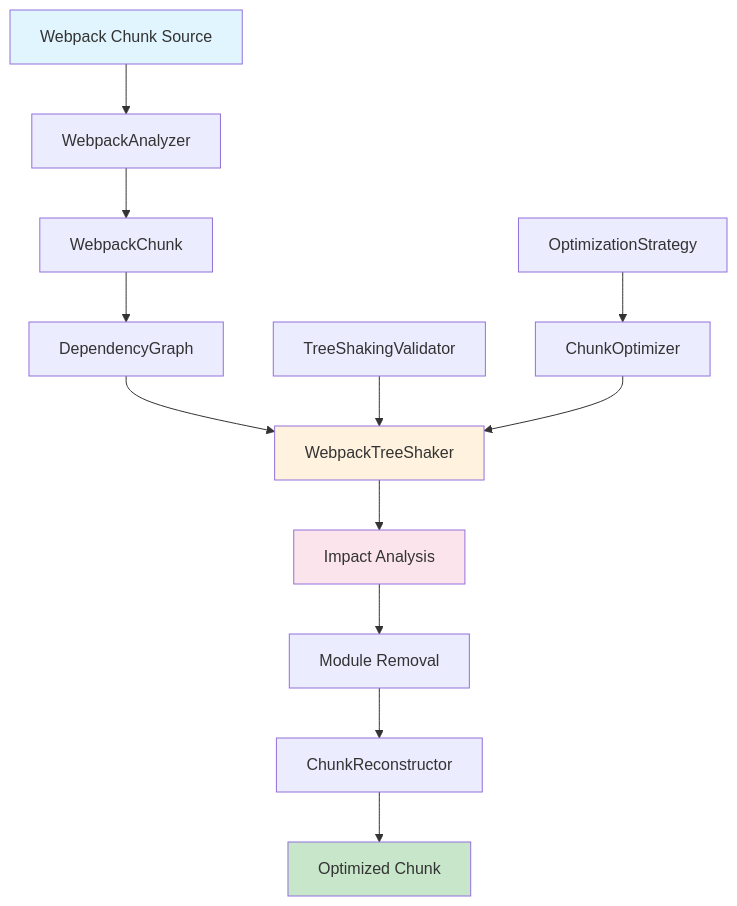
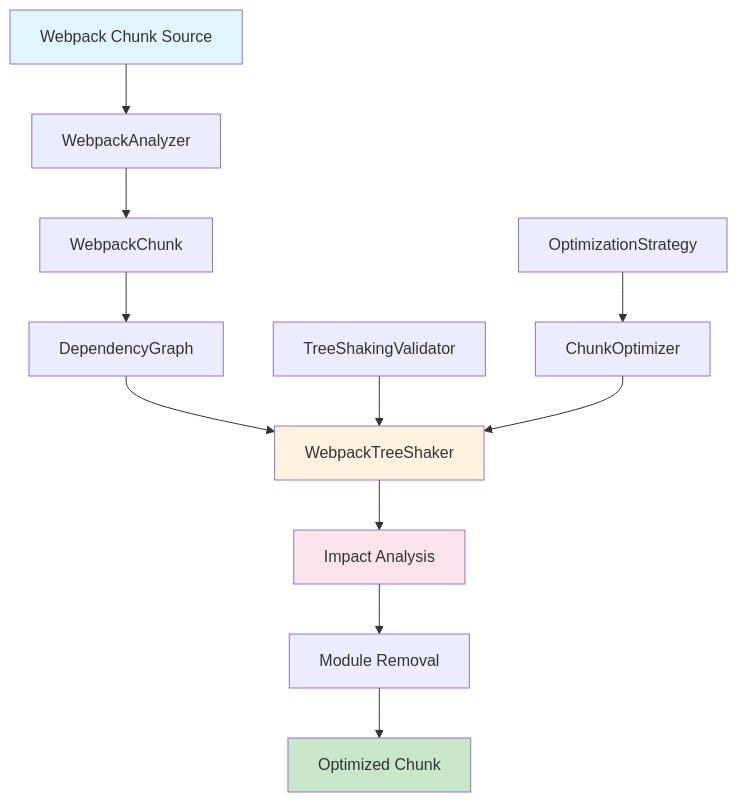
One commit to ScriptedAlchemy/swc_macro_sys changed the first of 15 diagrams in crates/webpack_chunk_tree_shaker/TECHNICAL_GUIDE.md. Above: the diagram before and after it, drawn with Mermaid. The commit also changed other lines of this file and 85 other files, not shown here.

````diff
--- a/crates/webpack_chunk_tree_shaker/TECHNICAL_GUIDE.md
+++ b/crates/webpack_chunk_tree_shaker/TECHNICAL_GUIDE.md
@@ -28,20 +28,19 @@
 ```mermaid
 graph TB
     A[Webpack Chunk Source] --> B[WebpackAnalyzer]
     B --> C[WebpackChunk]
     C --> D[DependencyGraph]
     D --> E[WebpackTreeShaker]
     E --> F[Impact Analysis]
     F --> G[Module Removal]
-    G --> H[ChunkReconstructor]
-    H --> I[Optimized Chunk]
+    G --> I[Optimized Chunk]
     
     J[TreeShakingValidator] --> E
     K[OptimizationStrategy] --> L[ChunkOptimizer]
     L --> E
     
     style A fill:#e1f5fe
     style I fill:#c8e6c9
     style E fill:#fff3e0
     style F fill:#fce4ec
 ```
````
